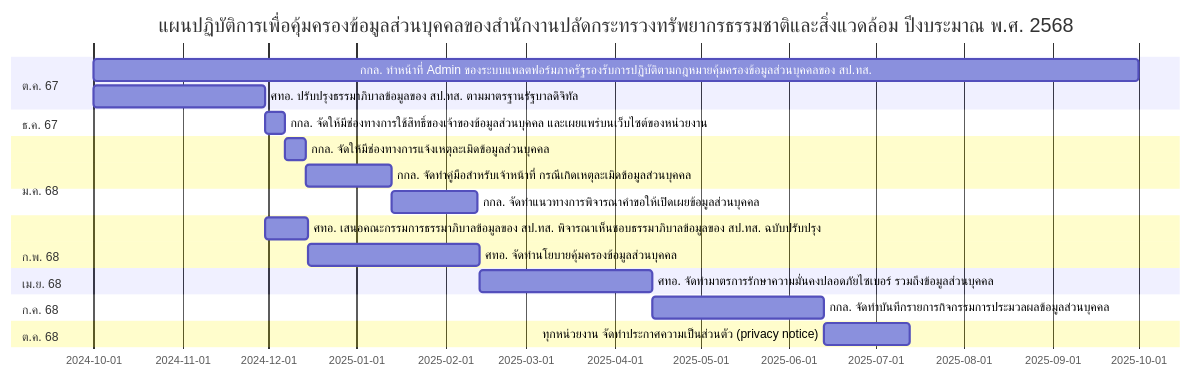
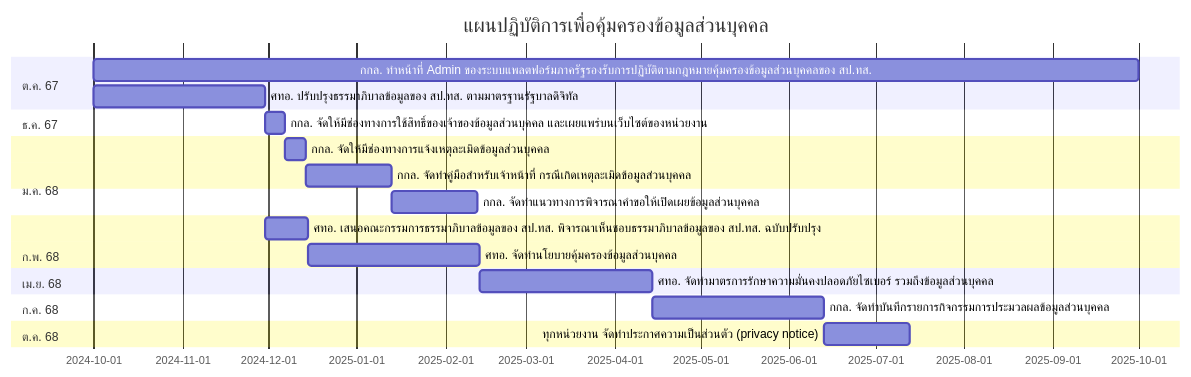
Before and after one commit to Kietpawpan/pdpa: diagram 12 of 12 in README.md, drawn with Mermaid.

````diff
--- a/README.md
+++ b/README.md
@@ -340,28 +340,28 @@
 ```mermaid
      gantt
-	title แผนปฏิบัติการเพื่อคุ้มครองข้อมูลส่วนบุคคลของสำนักงานปลัดกระทรวงทรัพยากรธรรมชาติและสิ่งแวดล้อม ปีงบระมาณ พ.ศ. 2568
+	title แผนปฏิบัติการเพื่อคุ้มครองข้อมูลส่วนบุคคล
 
 	tickInterval 1month
   	weekday monday
 
 
     	section ต.ค. 67
 		กกล. ทำหน้าที่ Admin ของระบบแพลตฟอร์มภาครัฐรองรับการปฏิบัติตามกฎหมายคุ้มครองข้อมูลส่วนบุคคลของ สป.ทส.: a11, 2024-10-01, 365d
 		ศทอ. ปรับปรุงธรรมาภิบาลข้อมูลของ สป.ทส. ตามมาตรฐานรัฐบาลดิจิทัล: a1, 2024-10-01, 60d
     	section ธ.ค. 67
 		กกล. จัดให้มีช่องทางการใช้สิทธิ์ของเจ้าของข้อมูลส่วนบุคคล และเผยแพร่บนเว็บไซต์ของหน่วยงาน: a7, after a1, 7d
     	section ม.ค. 68
 		กกล. จัดให้มีช่องทางการแจ้งเหตุละเมิดข้อมูลส่วนบุคคล: a8, after a7, 7d
 		กกล. จัดทำคู่มือสำหรับเจ้าหน้าที่ กรณีเกิดเหตุละเมิดข้อมูลส่วนบุคคล: a9, after a8, 30d
     	section ก.พ. 68
 		กกล. จัดทำแนวทางการพิจารณาคำขอให้เปิดเผยข้อมูลส่วนบุคคล: a10, after a9, 30d 
 	section ม.ค. 68
 		ศทอ. เสนอคณะกรรมการธรรมาภิบาลข้อมูลของ สป.ทส. พิจารณาเห็นชอบธรรมาภิบาลข้อมูลของ สป.ทส. ฉบับปรับปรุง: a2, after a1, 15d
 		ศทอ. จัดทำนโยบายคุ้มครองข้อมูลส่วนบุคคล : a3, after a2, 60d
 	section เม.ย. 68
 		ศทอ. จัดทำมาตรการรักษาความมั่นคงปลอดภัยไซเบอร์ รวมถึงข้อมูลส่วนบุคคล: a4, after a3, 60d
 	section ก.ค. 68
 		กกล. จัดทำบันทึกรายการกิจกรรมการประมวลผลข้อมูลส่วนบุคคล: a5, after a4, 60d
 	section ต.ค. 68
 		ทุกหน่วยงาน จัดทำประกาศความเป็นส่วนตัว (privacy notice): a6, after a5, 30d
 ```
````
